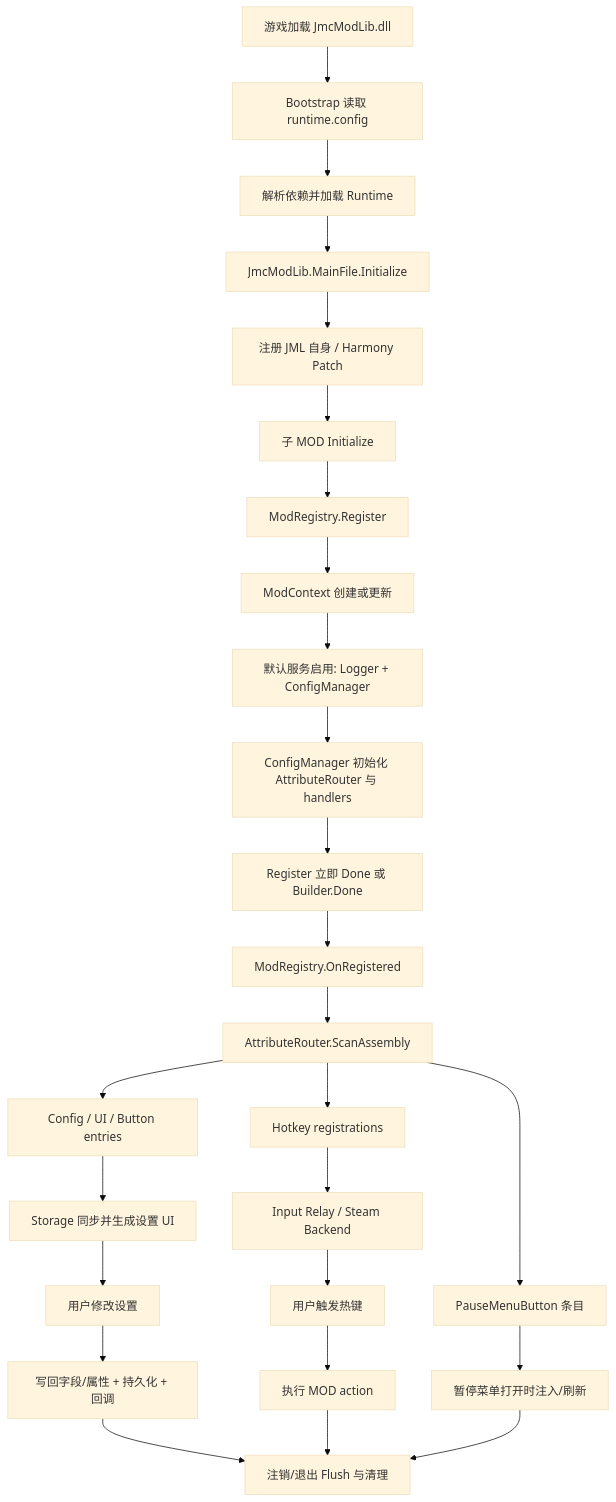
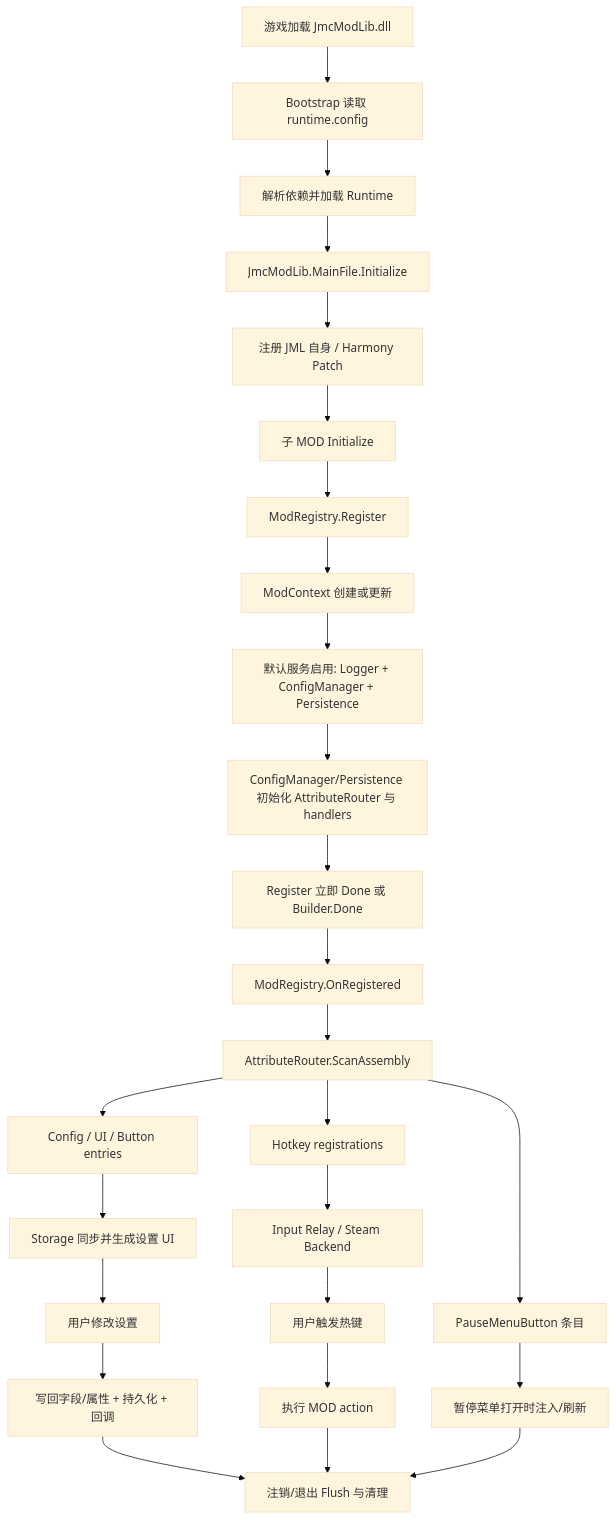
One commit to JMC-Mods/SlayTheSpire2_JmcModLib changed the first of 16 diagrams in docs/JML_API_Reference.md. Above: the diagram before and after it, drawn with Mermaid (base theme). The commit also changed other lines of this file and 35 other files, not shown here.

````diff
--- a/docs/JML_API_Reference.md
+++ b/docs/JML_API_Reference.md
@@ -25,28 +26,28 @@
 ```mermaid
 flowchart TD
     A[游戏加载 JmcModLib.dll] --> B[Bootstrap 读取 runtime.config]
     B --> C[解析依赖并加载 Runtime]
     C --> D[JmcModLib.MainFile.Initialize]
     D --> E[注册 JML 自身 / Harmony Patch]
     E --> F[子 MOD Initialize]
     F --> G[ModRegistry.Register]
     G --> H[ModContext 创建或更新]
-    H --> I[默认服务启用: Logger + ConfigManager]
-    I --> J[ConfigManager 初始化 AttributeRouter 与 handlers]
+    H --> I[默认服务启用: Logger + ConfigManager + Persistence]
+    I --> J[ConfigManager/Persistence 初始化 AttributeRouter 与 handlers]
     J --> K[Register 立即 Done 或 Builder.Done]
     K --> L[ModRegistry.OnRegistered]
     L --> M[AttributeRouter.ScanAssembly]
     M --> N1[Config / UI / Button entries]
     M --> N2[Hotkey registrations]
     M --> N3[PauseMenuButton 条目]
     N1 --> O[Storage 同步并生成设置 UI]
     N2 --> P[Input Relay / Steam Backend]
     N3 --> V[暂停菜单打开时注入/刷新]
     O --> Q[用户修改设置]
     P --> R[用户触发热键]
     Q --> S[写回字段/属性 + 持久化 + 回调]
     R --> T[执行 MOD action]
     S --> U[注销/退出 Flush 与清理]
     T --> U
     V --> U
 ```
````
